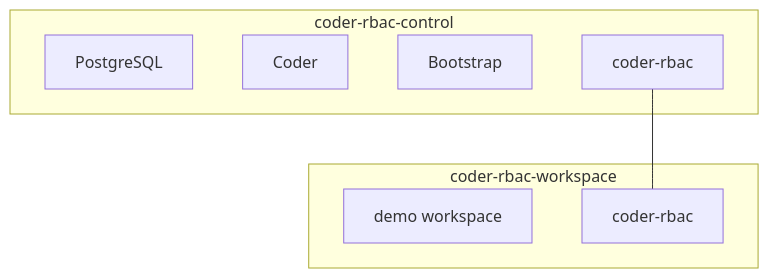
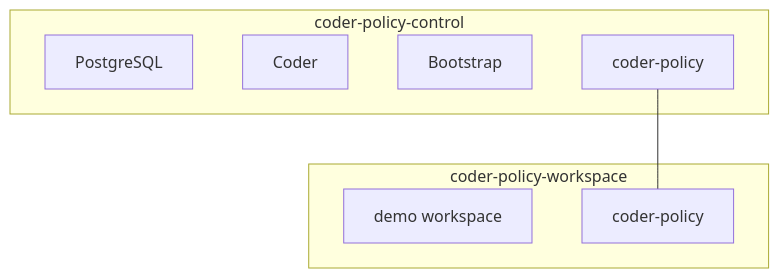
The third of 3 diagrams in docs/architecture.md (thomas-illiet/coder-rbac), drawn with Mermaid before and after one commit. The commit also changed other lines of this file and 64 other files, not shown here.

Commit message:
refactor: rename project to coder-policy

````diff
--- a/docs/architecture.md
+++ b/docs/architecture.md
@@ -190,14 +190,14 @@
 ```mermaid
 flowchart TB
-    subgraph Control["coder-rbac-control"]
+    subgraph Control["coder-policy-control"]
         PostgreSQL
         Coder
         Bootstrap
-        ProxyControl["coder-rbac"]
+        ProxyControl["coder-policy"]
     end
-    subgraph WorkspaceNet["coder-rbac-workspace"]
+    subgraph WorkspaceNet["coder-policy-workspace"]
         WorkspaceDemo["demo workspace"]
-        ProxyWorkspace["coder-rbac"]
+        ProxyWorkspace["coder-policy"]
     end
     ProxyControl --- ProxyWorkspace
 ```
````
